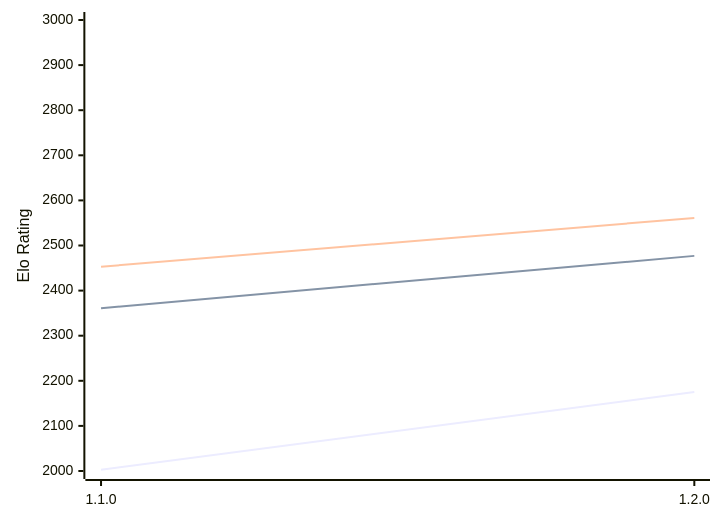
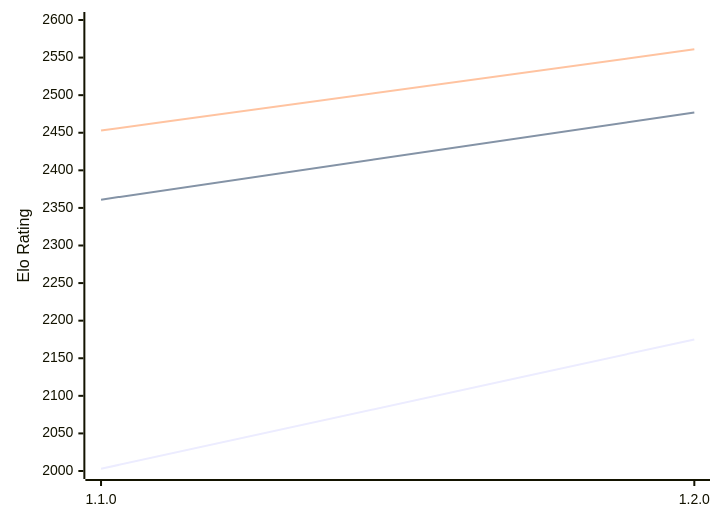
Before and after one commit to computer-chess-index/cci: the diagram in engines/Gyatso.md, drawn with Mermaid. The commit also changed other lines of this file, not shown here.

Commit message:
Update CCI Ratings (ELO VLTC) - 2026-02-10

````diff
--- a/engines/Gyatso.md
+++ b/engines/Gyatso.md
@@ -30,9 +30,9 @@
 ```mermaid
 %%{init: {"theme":"base","themeVariables":{"seriesColors:['#a3a3a3','#222221','#faa371']}}}%%
 xychart-beta
   x-axis ["1.1.0", "1.2.0"]
-  y-axis "Elo Rating" 2000 --> 3000
+  y-axis "Elo Rating" 2000 --> 2600
   line "STC (8.0+0.08s)" [2003, 2175]
   line "LTC (60.0+0.60s)" [2361, 2477]
   line "VLTC (2m24s+1.12s)" [2453, 2561]
 ```
````
